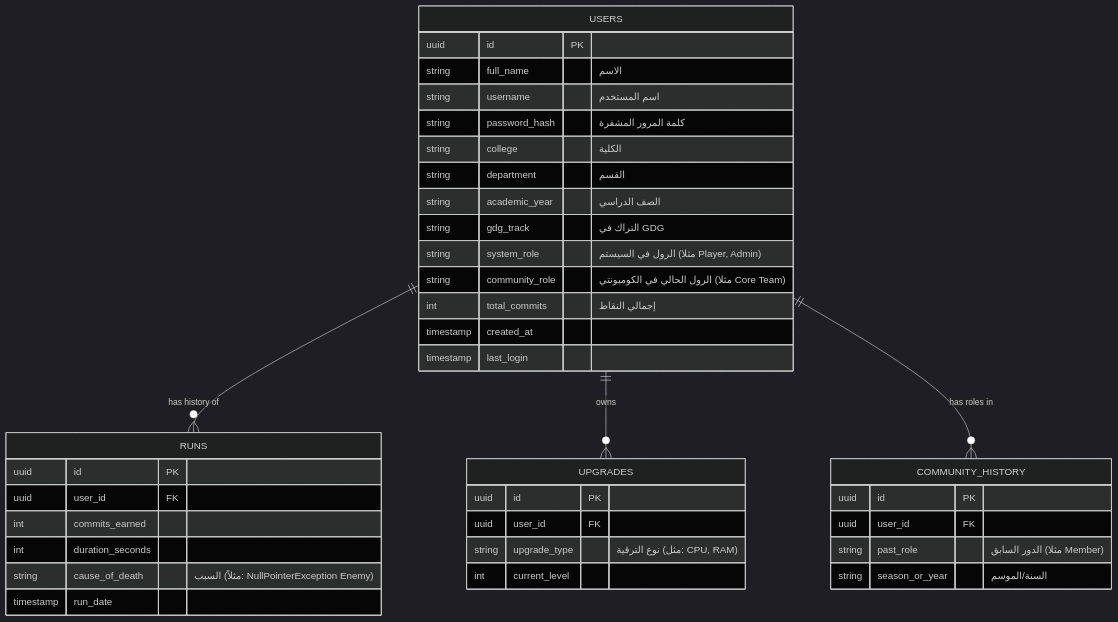
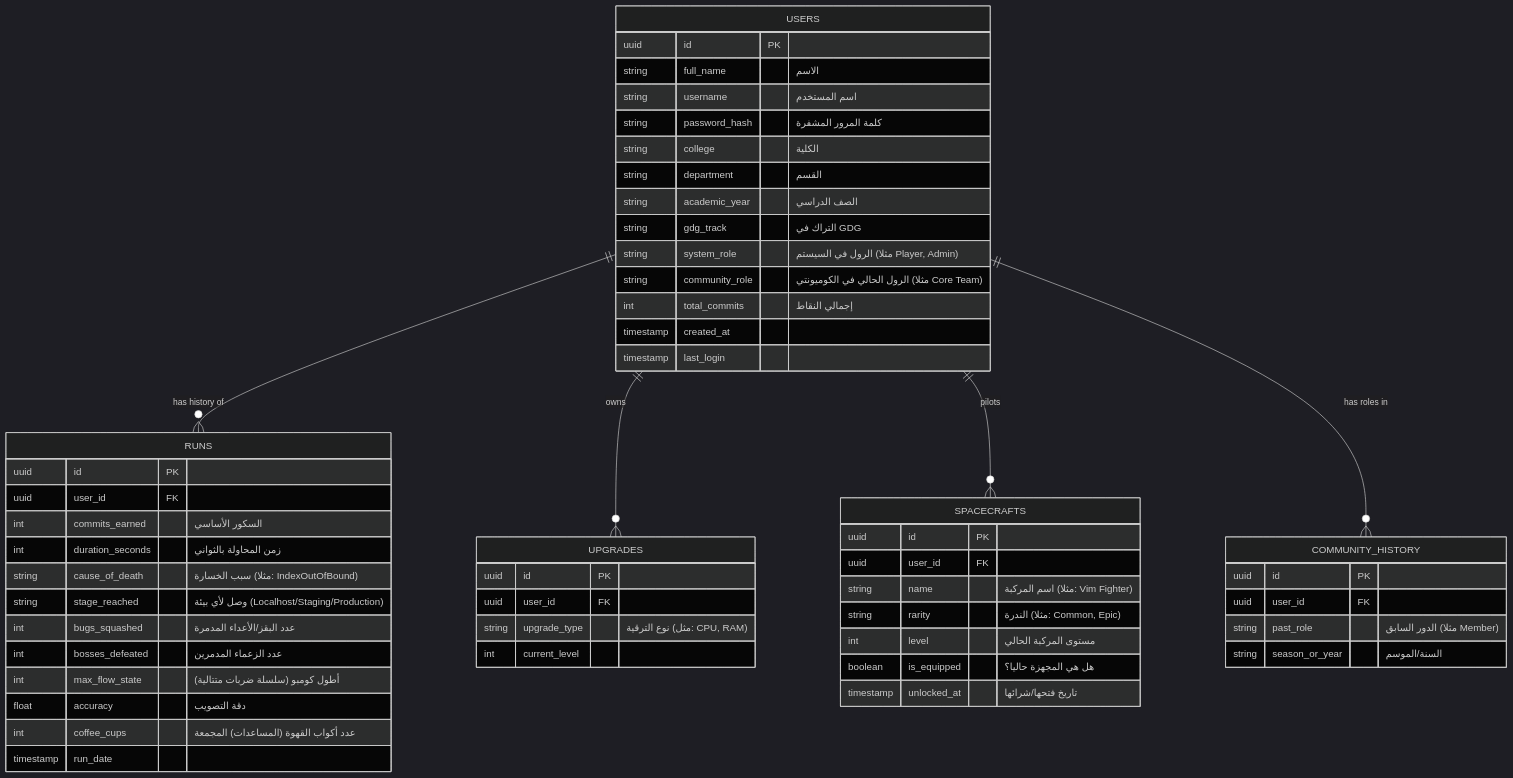
The diagram in Docs/04_Backend_and_Data/Database_ERD.md (MostafaSensei106/Astro-Wars), drawn with Mermaid (dark theme) before and after one commit. The commit also changed 12 other files, not shown here.

````diff
--- a/Docs/04_Backend_and_Data/Database_ERD.md
+++ b/Docs/04_Backend_and_Data/Database_ERD.md
@@ -7,45 +7,62 @@
 ```mermaid
 erDiagram
     USERS ||--o{ RUNS : "has history of"
     USERS ||--o{ UPGRADES : "owns"
+    USERS ||--o{ SPACECRAFTS : "pilots"
     USERS ||--o{ COMMUNITY_HISTORY : "has roles in"
     
     USERS {
         uuid id PK
         string full_name "الاسم"
         string username "اسم المستخدم"
         string password_hash "كلمة المرور المشفرة"
         string college "الكلية"
         string department "القسم"
         string academic_year "الصف الدراسي"
         string gdg_track "التراك في GDG"
         string system_role "الرول في السيستم (مثلا Player, Admin)"
         string community_role "الرول الحالي في الكوميونتي (مثلا Core Team)"
         int total_commits "إجمالي النقاط"
         timestamp created_at
         timestamp last_login
     }
 
     COMMUNITY_HISTORY {
         uuid id PK
         uuid user_id FK
         string past_role "الدور السابق (مثلا Member)"
         string season_or_year "السنة/الموسم"
     }
 
     RUNS {
         uuid id PK
         uuid user_id FK
-        int commits_earned
-        int duration_seconds
-        string cause_of_death "السبب (مثلاً: NullPointerException Enemy)"
+        int commits_earned "السكور الأساسي"
+        int duration_seconds "زمن المحاولة بالثواني"
+        string cause_of_death "سبب الخسارة (مثلا: IndexOutOfBound)"
+        string stage_reached "وصل لأي بيئة (Localhost/Staging/Production)"
+        int bugs_squashed "عدد البقز/الأعداء المدمرة"
+        int bosses_defeated "عدد الزعماء المدمرين"
+        int max_flow_state "أطول كومبو (سلسلة ضربات متتالية)"
+        float accuracy "دقة التصويب"
+        int coffee_cups "عدد أكواب القهوة (المساعدات) المجمعة"
         timestamp run_date
     }
 
     UPGRADES {
         uuid id PK
         uuid user_id FK
         string upgrade_type "نوع الترقية (مثل: CPU, RAM)"
         int current_level
     }
+
+    SPACECRAFTS {
+        uuid id PK
+        uuid user_id FK
+        string name "اسم المركبة (مثلا: Vim Fighter)"
+        string rarity "الندرة (مثلا: Common, Epic)"
+        int level "مستوى المركبة الحالي"
+        boolean is_equipped "هل هي المجهزة حاليا؟"
+        timestamp unlocked_at "تاريخ فتحها/شرائها"
+    }
 ```
````
